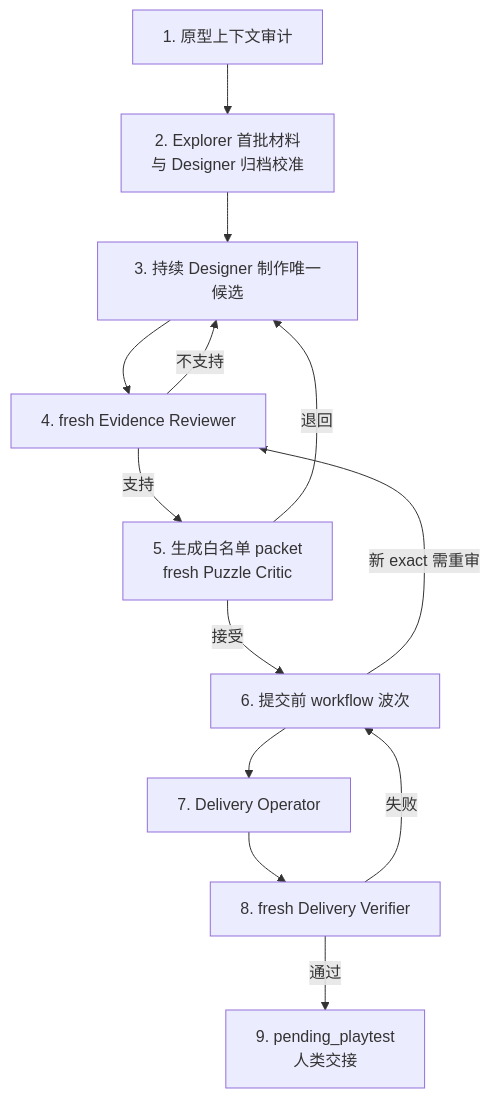
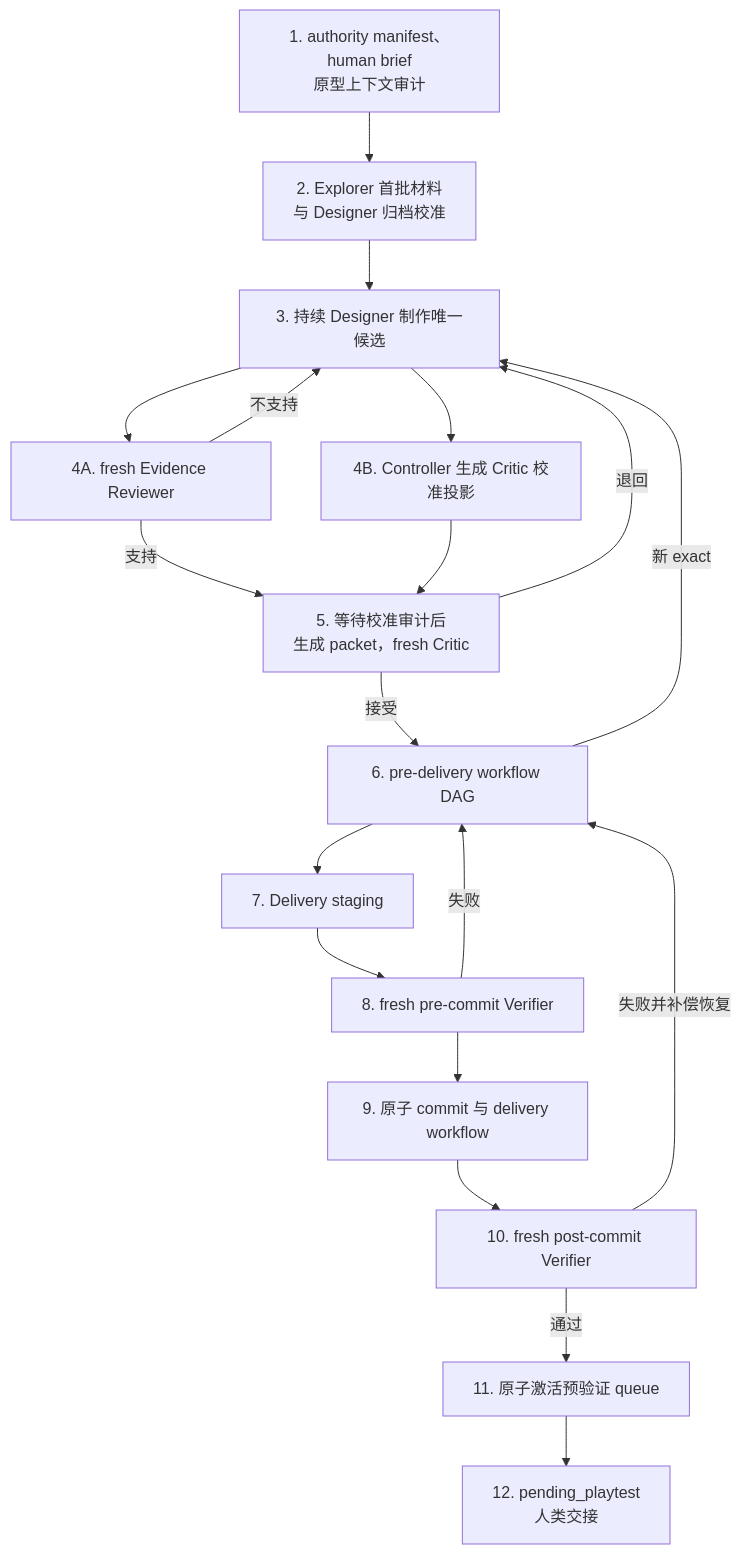
One commit to tmc0210/puzzle-prototype-generator changed the second of 2 diagrams in docs/single-controller-level-design/README.md. Above: the diagram before and after it, drawn with Mermaid. The commit also changed other lines of this file and 13 other files, not shown here.

````diff
--- a/docs/single-controller-level-design/README.md
+++ b/docs/single-controller-level-design/README.md
@@ -92,15 +98,21 @@
 ```mermaid
 flowchart TD
-    C["1. 原型上下文审计"] --> X["2. Explorer 首批材料<br/>与 Designer 归档校准"]
+    C["1. authority manifest、human brief<br/>原型上下文审计"] --> X["2. Explorer 首批材料<br/>与 Designer 归档校准"]
     X --> D["3. 持续 Designer 制作唯一候选"]
-    D --> E["4. fresh Evidence Reviewer"]
+    D --> E["4A. fresh Evidence Reviewer"]
+    D --> K["4B. Controller 生成 Critic 校准投影"]
     E -->|"不支持"| D
-    E -->|"支持"| P["5. 生成白名单 packet<br/>fresh Puzzle Critic"]
+    E -->|"支持"| P["5. 等待校准审计后<br/>生成 packet，fresh Critic"]
+    K --> P
     P -->|"退回"| D
-    P -->|"接受"| W["6. 提交前 workflow 波次"]
-    W -->|"新 exact 需重审"| E
-    W --> O["7. Delivery Operator"]
-    O --> V["8. fresh Delivery Verifier"]
-    V -->|"失败"| W
-    V -->|"通过"| H["9. pending_playtest<br/>人类交接"]
+    P -->|"接受"| W["6. pre-delivery workflow DAG"]
+    W -->|"新 exact"| D
+    W --> S["7. Delivery staging"]
+    S --> V1["8. fresh pre-commit Verifier"]
+    V1 -->|"失败"| W
+    V1 --> CMT["9. 原子 commit 与 delivery workflow"]
+    CMT --> V2["10. fresh post-commit Verifier"]
+    V2 -->|"失败并补偿恢复"| W
+    V2 -->|"通过"| Q["11. 原子激活预验证 queue"]
+    Q --> H["12. pending_playtest<br/>人类交接"]
 ```
````
